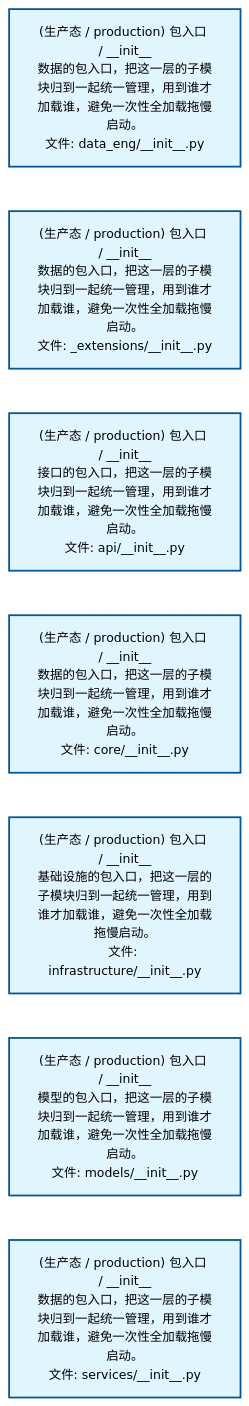
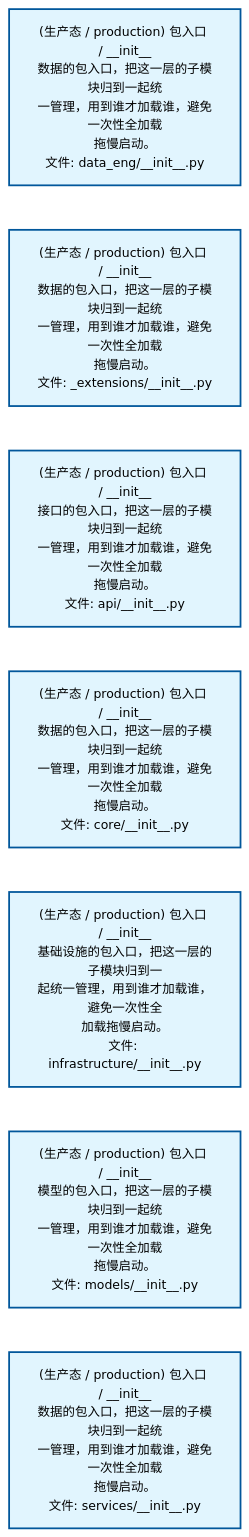
The second of 2 diagrams in docs/02_enterprise_architecture/02_domain_architecture_docs/12_d_data_eng.md (xuanFelixVan/ZephyrAlpha), drawn with Mermaid before and after one commit. The commit also changed other lines of this file and 59 other files, not shown here.

````diff
--- a/docs/02_enterprise_architecture/02_domain_architecture_docs/12_d_data_eng.md
+++ b/docs/02_enterprise_architecture/02_domain_architecture_docs/12_d_data_eng.md
@@ -80,22 +80,22 @@
 ```mermaid
 %%{init: {'theme': 'base', 'themeVariables': {'primaryColor': '#eaeaea', 'primaryTextColor': '#333333', 'primaryBorderColor': '#666666', 'lineColor': '#666666', 'secondaryColor': '#eaeaea', 'tertiaryColor': '#eaeaea', 'fontSize': '14px'}}}%%
 flowchart TD
-    src_zephyr_data_eng_init_py["(生产态 / production) 包入口 / __init__<br/>数据的包入口，把这一层的子模块归到一起统一管理，用到谁才加载谁，避免一次性全加载拖慢启动。<br/>文件: data_eng/__init__.py"]
-    src_zephyr_data_eng_extensions_init_py["(生产态 / production) 包入口 / __init__<br/>数据的包入口，把这一层的子模块归到一起统一管理，用到谁才加载谁，避免一次性全加载拖慢启动。<br/>文件: _extensions/__init__.py"]
-    src_zephyr_data_eng_api_init_py["(生产态 / production) 包入口 / __init__<br/>接口的包入口，把这一层的子模块归到一起统一管理，用到谁才加载谁，避免一次性全加载拖慢启动。<br/>文件: api/__init__.py"]
-    src_zephyr_data_eng_core_init_py["(生产态 / production) 包入口 / __init__<br/>数据的包入口，把这一层的子模块归到一起统一管理，用到谁才加载谁，避免一次性全加载拖慢启动。<br/>文件: core/__init__.py"]
-    src_zephyr_data_eng_infrastructure_init_py["(生产态 / production) 包入口 / __init__<br/>基础设施的包入口，把这一层的子模块归到一起统一管理，用到谁才加载谁，避免一次性全加载拖慢启动。<br/>文件: infrastructure/__init__.py"]
-    src_zephyr_data_eng_models_init_py["(生产态 / production) 包入口 / __init__<br/>模型的包入口，把这一层的子模块归到一起统一管理，用到谁才加载谁，避免一次性全加载拖慢启动。<br/>文件: models/__init__.py"]
-    src_zephyr_data_eng_services_init_py["(生产态 / production) 包入口 / __init__<br/>数据的包入口，把这一层的子模块归到一起统一管理，用到谁才加载谁，避免一次性全加载拖慢启动。<br/>文件: services/__init__.py"]
+    src_zephyr_data_eng_init_py["(生产态 / production) 包入口 / __init__<br/>数据的包入口，把这一层的子模块归到一起统<br/>一管理，用到谁才加载谁，避免一次性全加载<br/>拖慢启动。<br/>文件: data_eng/__init__.py"]
+    src_zephyr_data_eng_extensions_init_py["(生产态 / production) 包入口 / __init__<br/>数据的包入口，把这一层的子模块归到一起统<br/>一管理，用到谁才加载谁，避免一次性全加载<br/>拖慢启动。<br/>文件: _extensions/__init__.py"]
+    src_zephyr_data_eng_api_init_py["(生产态 / production) 包入口 / __init__<br/>接口的包入口，把这一层的子模块归到一起统<br/>一管理，用到谁才加载谁，避免一次性全加载<br/>拖慢启动。<br/>文件: api/__init__.py"]
+    src_zephyr_data_eng_core_init_py["(生产态 / production) 包入口 / __init__<br/>数据的包入口，把这一层的子模块归到一起统<br/>一管理，用到谁才加载谁，避免一次性全加载<br/>拖慢启动。<br/>文件: core/__init__.py"]
+    src_zephyr_data_eng_infrastructure_init_py["(生产态 / production) 包入口 / __init__<br/>基础设施的包入口，把这一层的子模块归到一<br/>起统一管理，用到谁才加载谁，避免一次性全<br/>加载拖慢启动。<br/>文件: infrastructure/__init__.py"]
+    src_zephyr_data_eng_models_init_py["(生产态 / production) 包入口 / __init__<br/>模型的包入口，把这一层的子模块归到一起统<br/>一管理，用到谁才加载谁，避免一次性全加载<br/>拖慢启动。<br/>文件: models/__init__.py"]
+    src_zephyr_data_eng_services_init_py["(生产态 / production) 包入口 / __init__<br/>数据的包入口，把这一层的子模块归到一起统<br/>一管理，用到谁才加载谁，避免一次性全加载<br/>拖慢启动。<br/>文件: services/__init__.py"]
     src_zephyr_data_eng_init_py ~~~ src_zephyr_data_eng_extensions_init_py
     src_zephyr_data_eng_extensions_init_py ~~~ src_zephyr_data_eng_api_init_py
     src_zephyr_data_eng_api_init_py ~~~ src_zephyr_data_eng_core_init_py
     src_zephyr_data_eng_core_init_py ~~~ src_zephyr_data_eng_infrastructure_init_py
     src_zephyr_data_eng_infrastructure_init_py ~~~ src_zephyr_data_eng_models_init_py
     src_zephyr_data_eng_models_init_py ~~~ src_zephyr_data_eng_services_init_py
     classDef production fill:#e1f5fe,stroke:#01579b,stroke-width:2px,color:#000
     classDef design fill:#fff3e0,stroke:#e65100,stroke-width:2px,color:#000,stroke-dasharray: 5 5
     classDef external_prod fill:#e8f4fd,stroke:#0277bd,stroke-width:1px,color:#000
     classDef external_design fill:#fff8e7,stroke:#ef6c00,stroke-width:1px,color:#000,stroke-dasharray: 5 5
     class src_zephyr_data_eng_init_py,src_zephyr_data_eng_extensions_init_py,src_zephyr_data_eng_api_init_py,src_zephyr_data_eng_core_init_py,src_zephyr_data_eng_infrastructure_init_py,src_zephyr_data_eng_models_init_py,src_zephyr_data_eng_services_init_py production
 ```
````
